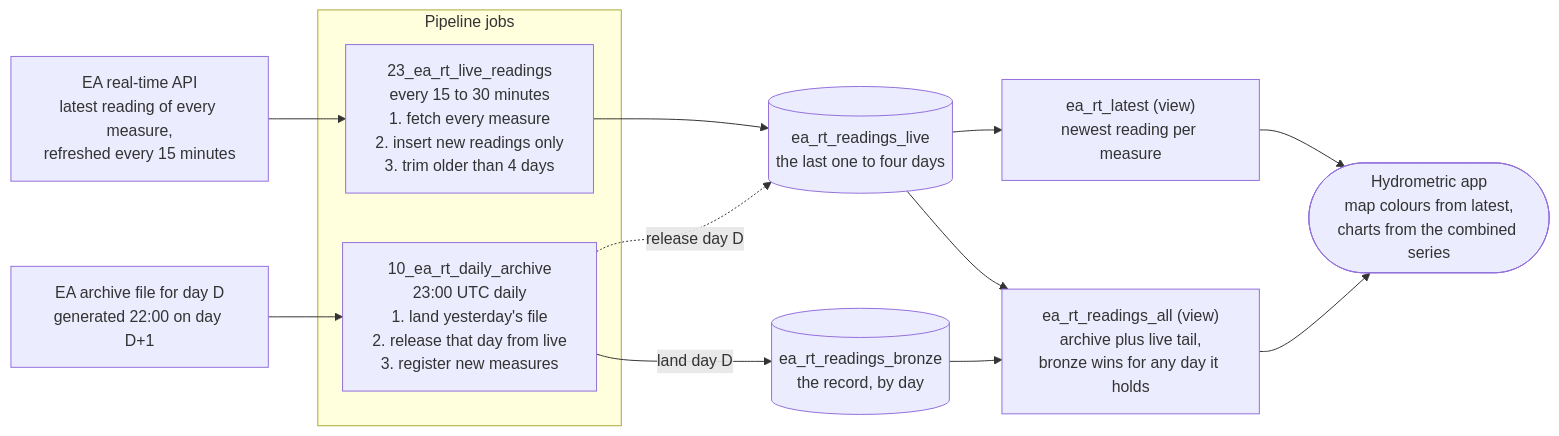
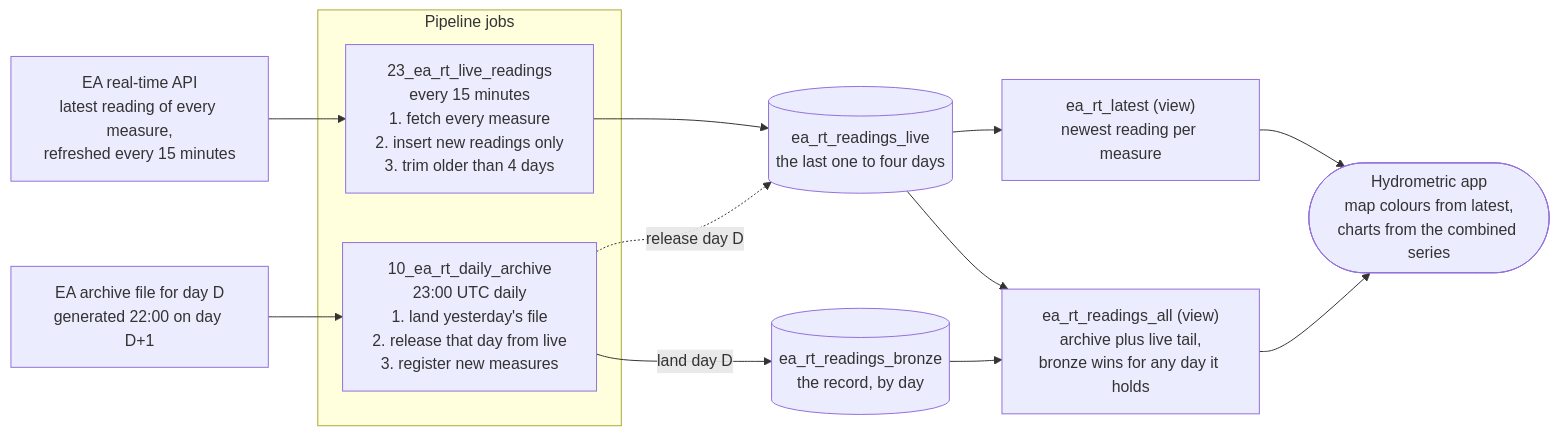
Before and after one commit to JonPayneEA/FGS_Notebooks: the fifth of 7 diagrams in README.md, drawn with Mermaid. The commit also changed other lines of this file and 5 other files, not shown here.

First line of the commit message:
Polling every 15 minutes: live readings health check, step 0 non-fatal, README brought up to date

````diff
--- a/README.md
+++ b/README.md
@@ -392,21 +431,21 @@
 ```mermaid
 flowchart LR
     API["EA real-time API<br/>latest reading of every measure,<br/>refreshed every 15 minutes"] --> J23
     ARC["EA archive file for day D<br/>generated 22:00 on day D+1"] --> J10
 
     subgraph JOBS["Pipeline jobs"]
-        J23["23_ea_rt_live_readings<br/>every 15 to 30 minutes<br/>1. fetch every measure<br/>2. insert new readings only<br/>3. trim older than 4 days"]
+        J23["23_ea_rt_live_readings<br/>every 15 minutes<br/>1. fetch every measure<br/>2. insert new readings only<br/>3. trim older than 4 days"]
         J10["10_ea_rt_daily_archive<br/>23:00 UTC daily<br/>1. land yesterday's file<br/>2. release that day from live<br/>3. register new measures"]
     end
 
     J23 --> LIVE[("ea_rt_readings_live<br/>the last one to four days")]
     J10 -- "land day D" --> BRONZE[("ea_rt_readings_bronze<br/>the record, by day")]
     J10 -. "release day D" .-> LIVE
 
     LIVE --> LATEST["ea_rt_latest (view)<br/>newest reading per measure"]
     LIVE --> ALL["ea_rt_readings_all (view)<br/>archive plus live tail,<br/>bronze wins for any day it holds"]
     BRONZE --> ALL
 
     LATEST --> APP(["Hydrometric app<br/>map colours from latest,<br/>charts from the combined series"])
     ALL --> APP
 ```
````
